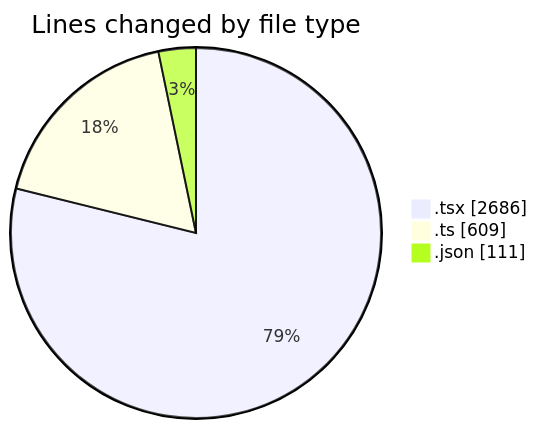
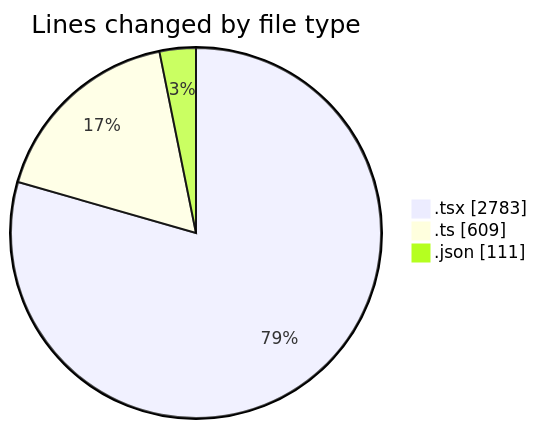
Before and after one commit to julien-gomy/code-tracking: the first of 2 diagrams in 2025-11-08/eventscop-frontend-guide__workspace_/README.md, drawn with Mermaid. The commit also changed other lines of this file and 1 other file, not shown here.

````diff
--- a/2025-11-08/eventscop-frontend-guide__workspace_/README.md
+++ b/2025-11-08/eventscop-frontend-guide__workspace_/README.md
@@ -44,7 +47,7 @@
 ```mermaid
 pie showData
 title Lines changed by file type
-".tsx" : 2686
+".tsx" : 2783
 ".ts" : 609
 ".json" : 111
 ```
````
